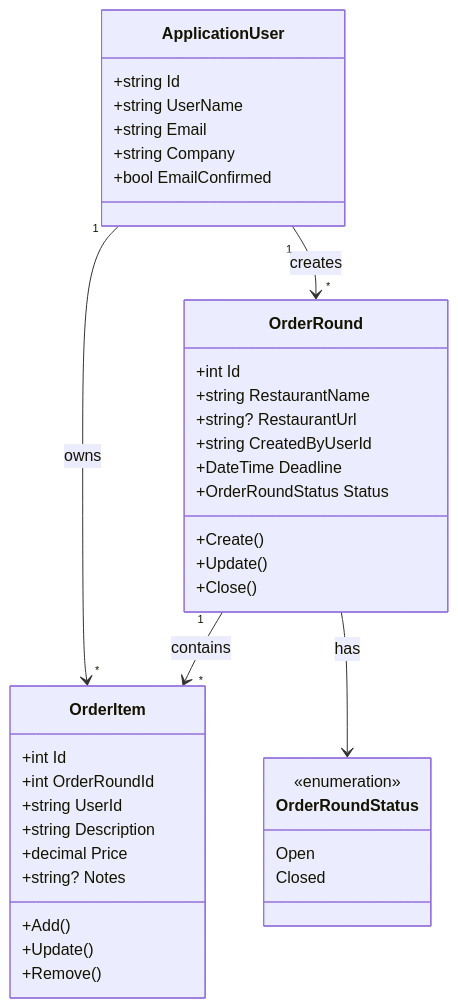
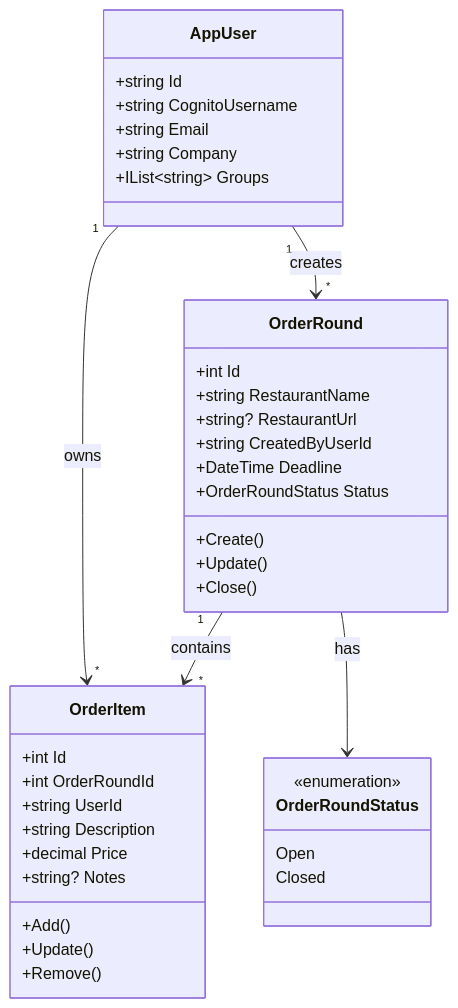
One commit to Ahmed-Shehzad/MIRA changed the first of 14 diagrams in docs/system-architecture-diagrams.md. Above: the diagram before and after it, drawn with Mermaid. The commit also changed other lines of this file and 188 other files, not shown here.

````diff
--- a/docs/system-architecture-diagrams.md
+++ b/docs/system-architecture-diagrams.md
@@ -9,45 +9,45 @@
 ```mermaid
 classDiagram
-    class ApplicationUser {
+    class AppUser {
         +string Id
-        +string UserName
+        +string CognitoUsername
         +string Email
         +string Company
-        +bool EmailConfirmed
+        +IList~string~ Groups
     }
 
     class OrderRound {
         +int Id
         +string RestaurantName
         +string? RestaurantUrl
         +string CreatedByUserId
         +DateTime Deadline
         +OrderRoundStatus Status
         +Create()
         +Update()
         +Close()
     }
 
     class OrderItem {
         +int Id
         +int OrderRoundId
         +string UserId
         +string Description
         +decimal Price
         +string? Notes
         +Add()
         +Update()
         +Remove()
     }
 
     class OrderRoundStatus {
         <<enumeration>>
         Open
         Closed
     }
 
-    ApplicationUser "1" --> "*" OrderRound : creates
-    ApplicationUser "1" --> "*" OrderItem : owns
+    AppUser "1" --> "*" OrderRound : creates
+    AppUser "1" --> "*" OrderItem : owns
     OrderRound "1" --> "*" OrderItem : contains
     OrderRound --> OrderRoundStatus : has
 ```
````
